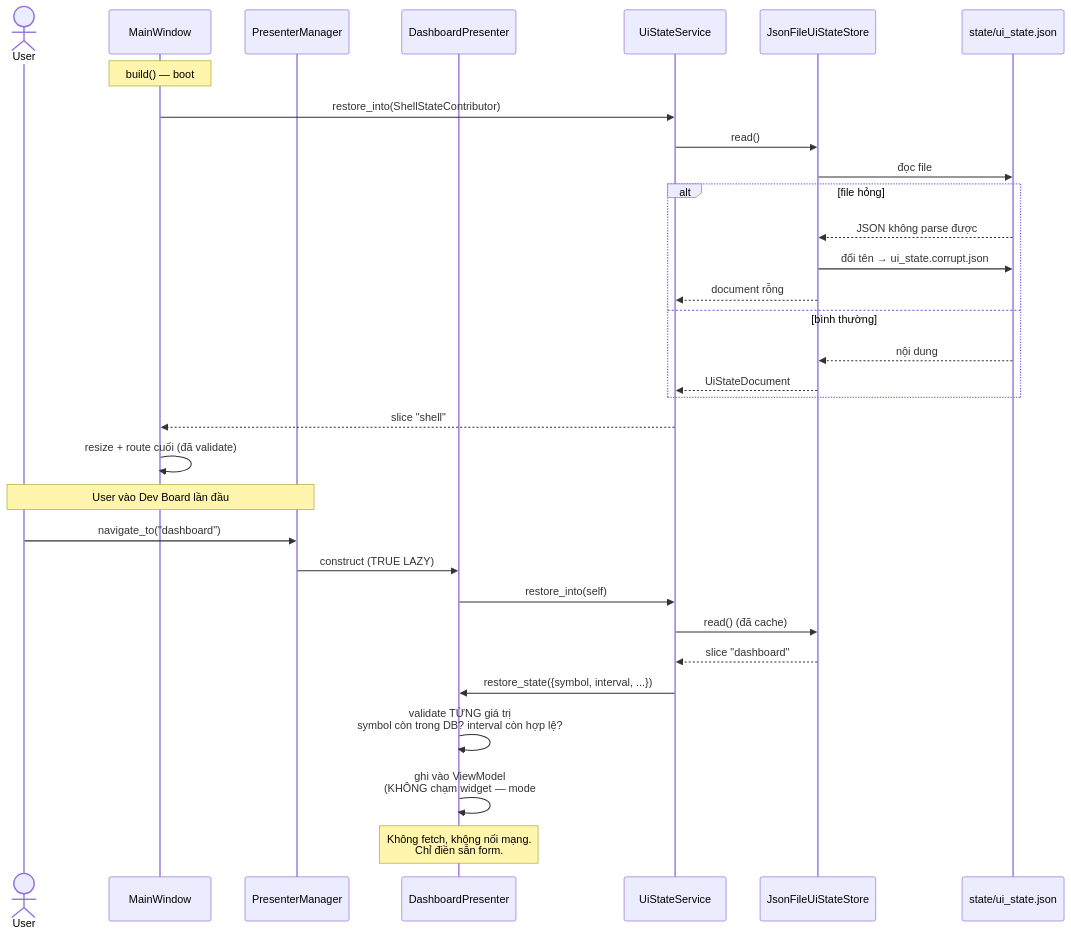
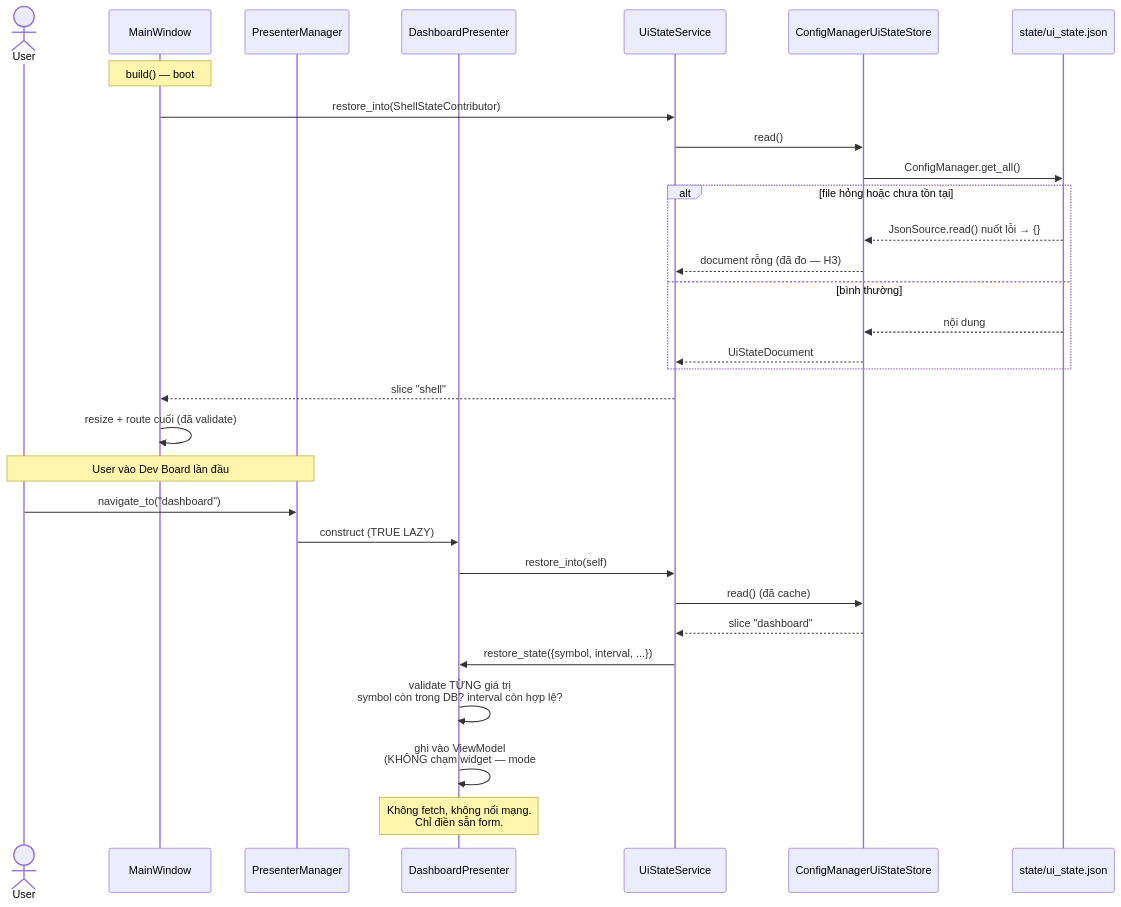
The seventh of 12 diagrams in Tasks/epics/EPIC-010_ghi_nho_gia_tri_cuoi/design/DESIGN_2026-08-25_ui_state_persistence.md (anhembedded/Sagittarius_Elite_Warrior), drawn with Mermaid before and after one commit. The commit also changed other lines of this file and 2 other files, not shown here.

````diff
--- a/Tasks/epics/EPIC-010_ghi_nho_gia_tri_cuoi/design/DESIGN_2026-08-25_ui_state_persistence.md
+++ b/Tasks/epics/EPIC-010_ghi_nho_gia_tri_cuoi/design/DESIGN_2026-08-25_ui_state_persistence.md
@@ -534,36 +664,35 @@
 ```mermaid
 sequenceDiagram
     actor U as User
     participant MW as MainWindow
     participant PM as PresenterManager
     participant DP as DashboardPresenter
     participant SVC as UiStateService
-    participant ST as JsonFileUiStateStore
+    participant ST as ConfigManagerUiStateStore
     participant FS as state/ui_state.json
 
     Note over MW: build() — boot
     MW->>SVC: restore_into(ShellStateContributor)
     SVC->>ST: read()
-    ST->>FS: đọc file
-    alt file hỏng
-        FS-->>ST: JSON không parse được
-        ST->>FS: đổi tên → ui_state.corrupt.json
-        ST-->>SVC: document rỗng
+    ST->>FS: ConfigManager.get_all()
+    alt file hỏng hoặc chưa tồn tại
+        FS-->>ST: JsonSource.read() nuốt lỗi → {}
+        ST-->>SVC: document rỗng (đã đo — H3)
     else bình thường
         FS-->>ST: nội dung
         ST-->>SVC: UiStateDocument
     end
     SVC-->>MW: slice "shell"
     MW->>MW: resize + route cuối (đã validate)
 
     Note over U,PM: User vào Dev Board lần đầu
     U->>PM: navigate_to("dashboard")
     PM->>DP: construct (TRUE LAZY)
     DP->>SVC: restore_into(self)
     SVC->>ST: read() (đã cache)
     ST-->>SVC: slice "dashboard"
     SVC->>DP: restore_state({symbol, interval, ...})
     DP->>DP: validate TỪNG giá trị<br/>symbol còn trong DB? interval còn hợp lệ?
     DP->>DP: ghi vào ViewModel<br/>(KHÔNG chạm widget — mode #12)
     Note over DP: Không fetch, không nối mạng.<br/>Chỉ điền sẵn form.
 ```
````
